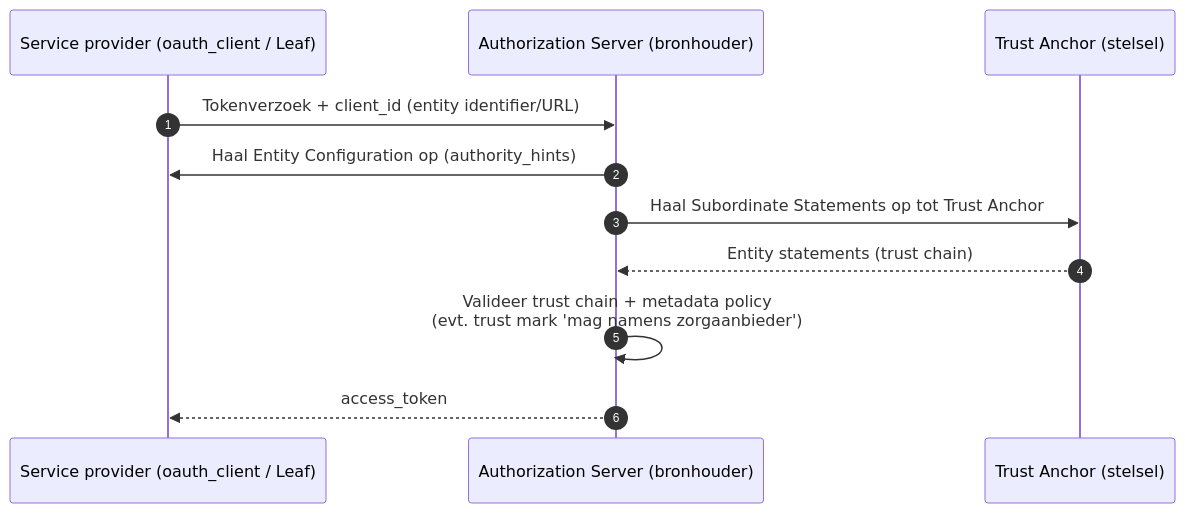
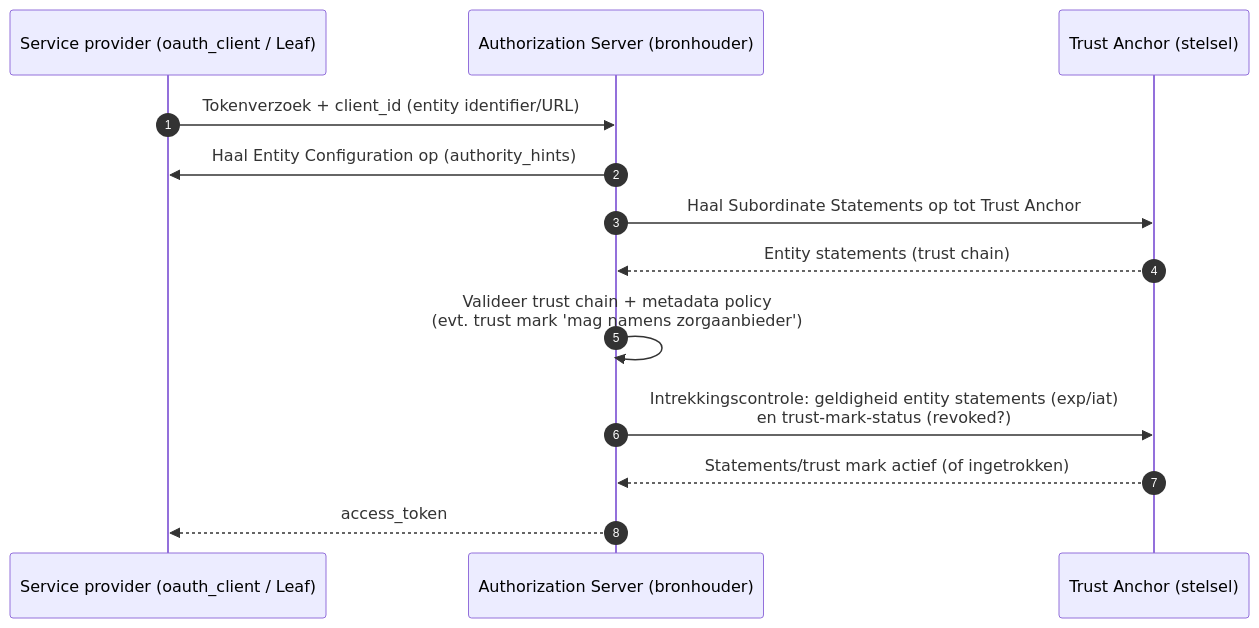
The fourth of 4 diagrams in input/pagecontent/service-provider-mandatering.md (minvws/generiekefuncties-docs), drawn with Mermaid before and after one commit. The commit also changed other lines of this file, not shown here.

Commit message:
sequencediagram en revocation toegevoegd

````diff
--- a/input/pagecontent/service-provider-mandatering.md
+++ b/input/pagecontent/service-provider-mandatering.md
@@ -120,13 +142,15 @@
 ```mermaid
 sequenceDiagram
     autonumber
     participant SP as Service provider (oauth_client / Leaf)
     participant AS as Authorization Server (bronhouder)
     participant TA as Trust Anchor (stelsel)
     SP->>AS: Tokenverzoek + client_id (entity identifier/URL)
     AS->>SP: Haal Entity Configuration op (authority_hints)
     AS->>TA: Haal Subordinate Statements op tot Trust Anchor
     TA-->>AS: Entity statements (trust chain)
     AS->>AS: Valideer trust chain + metadata policy<br/>(evt. trust mark 'mag namens zorgaanbieder')
+    AS->>TA: Intrekkingscontrole: geldigheid entity statements (exp/iat)<br/>en trust-mark-status (revoked?)
+    TA-->>AS: Statements/trust mark actief (of ingetrokken)
     AS-->>SP: access_token
 ```
````
